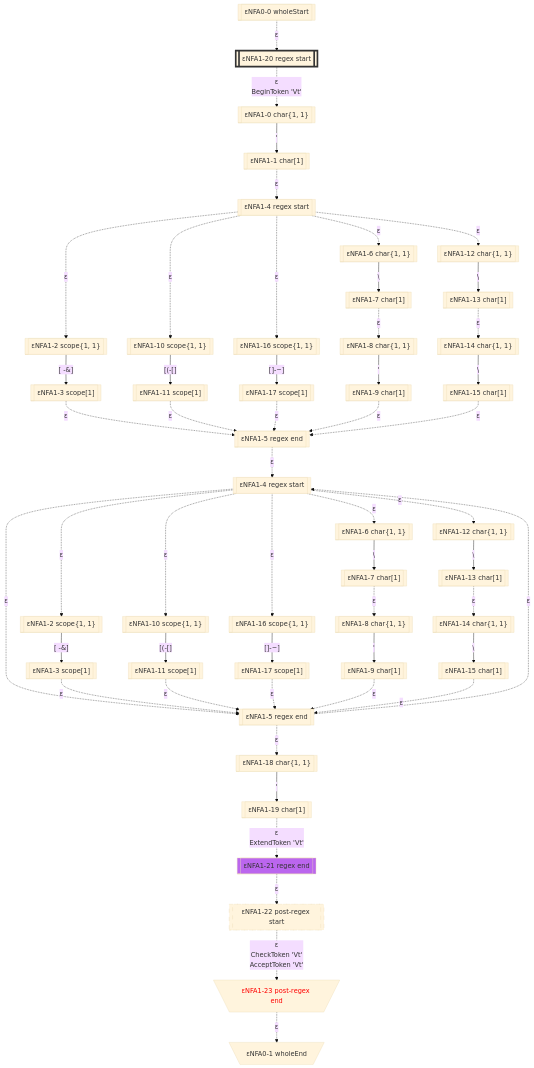
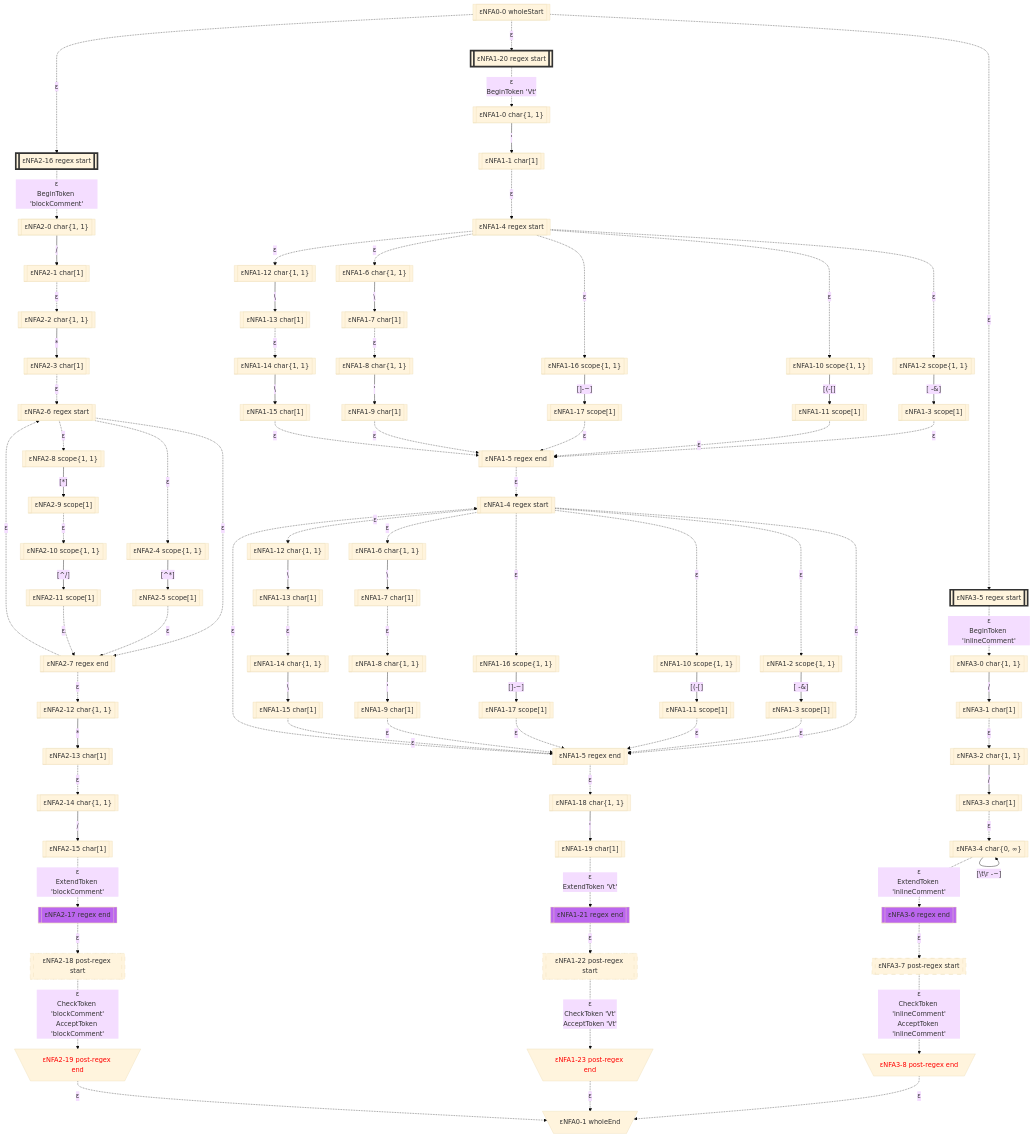
Before and after one commit to bitzhuwei/GrammarMentor: the first of 7 diagrams in Practices/Practice.GeneratedXxxFormat.Test/GeneratedV/doc/LexicalStates.gen.md, drawn with Mermaid (base theme). The commit also changed other lines of this file and 3868 other files, not shown here.

````diff
--- a/Practices/Practice.GeneratedXxxFormat.Test/GeneratedV/doc/LexicalStates.gen.md
+++ b/Practices/Practice.GeneratedXxxFormat.Test/GeneratedV/doc/LexicalStates.gen.md
@@ -17,105 +17,185 @@
 classDef c1101 stroke:#333,stroke-width:4px,fill:#BB66EE,color:#FF0000;
 classDef c1110 stroke:#333,stroke-width:4px,fill:#BB66EE,stroke-dasharray: 10 10;
 classDef c1111 stroke:#333,stroke-width:4px,fill:#BB66EE,stroke-dasharray: 10 10,color:#FF0000;
-eNFA0_0_60997399[["εNFA0-0 wholeStart"]]
-eNFA1_20_3289508[["εNFA1-20 regex start"]]
-class eNFA1_20_3289508 c1000;
-eNFA1_0_29605578[["εNFA1-0 char{1, 1}"]]
-eNFA1_1_12105682[["εNFA1-1 char[1]"]]
-eNFA1_4_48073060[["εNFA1-4 regex start"]]
-eNFA1_2_1603773[["εNFA1-2 scope{1, 1}"]]
-eNFA1_6_30004358[["εNFA1-6 char{1, 1}"]]
-eNFA1_10_14433961[["εNFA1-10 scope{1, 1}"]]
-eNFA1_12_62796787[["εNFA1-12 char{1, 1}"]]
-eNFA1_16_28300172[["εNFA1-16 scope{1, 1}"]]
-eNFA1_3_28404243[["εNFA1-3 scope[1]"]]
-eNFA1_7_47528210[["εNFA1-7 char[1]"]]
-eNFA1_11_53374957[["εNFA1-11 scope[1]"]]
-eNFA1_13_25100706[["εNFA1-13 char[1]"]]
-eNFA1_17_54311603[["εNFA1-17 scope[1]"]]
-eNFA1_5_10612567[["εNFA1-5 regex end"]]
-eNFA1_8_24579765[["εNFA1-8 char{1, 1}"]]
-eNFA1_14_5244239[["εNFA1-14 char{1, 1}"]]
-eNFA1_4_19042383[["εNFA1-4 regex start"]]
-eNFA1_9_51553896[["εNFA1-9 char[1]"]]
-eNFA1_15_61331880[["εNFA1-15 char[1]"]]
-eNFA1_2_66038022[["εNFA1-2 scope{1, 1}"]]
-eNFA1_6_37163719[["εNFA1-6 char{1, 1}"]]
-eNFA1_10_57471292[["εNFA1-10 scope{1, 1}"]]
-eNFA1_12_47479586[["εNFA1-12 char{1, 1}"]]
-eNFA1_16_24663098[["εNFA1-16 scope{1, 1}"]]
-eNFA1_5_20641291[["εNFA1-5 regex end"]]
-eNFA1_3_1826402[["εNFA1-3 scope[1]"]]
-eNFA1_7_54483225[["εNFA1-7 char[1]"]]
-eNFA1_11_16437621[["εNFA1-11 scope[1]"]]
-eNFA1_13_20586983[["εNFA1-13 char[1]"]]
-eNFA1_17_13720864[["εNFA1-17 scope[1]"]]
-eNFA1_18_15116014[["εNFA1-18 char{1, 1}"]]
-eNFA1_8_42634084[["εNFA1-8 char{1, 1}"]]
-eNFA1_14_30808780[["εNFA1-14 char{1, 1}"]]
-eNFA1_19_65123613[["εNFA1-19 char[1]"]]
-eNFA1_9_56378916[["εNFA1-9 char[1]"]]
-eNFA1_15_37648203[["εNFA1-15 char[1]"]]
-eNFA1_21_49241606[["εNFA1-21 regex end"]]
-class eNFA1_21_49241606 c0100;
-eNFA1_22_40521270[["εNFA1-22 post-regex start"]]
-class eNFA1_22_40521270 c0010;
-eNFA1_23_29147110[\"εNFA1-23 post-regex end"/]
-class eNFA1_23_29147110 c0001;
-eNFA0_1_4511530[\"εNFA0-1 wholeEnd"/]
-eNFA0_0_60997399 -.->|"ε"|eNFA1_20_3289508
-eNFA1_20_3289508 -.->|"ε
-BeginToken 'Vt'"|eNFA1_0_29605578
-eNFA1_0_29605578 -->|"'"|eNFA1_1_12105682
-eNFA1_1_12105682 -.->|"ε"|eNFA1_4_48073060
-eNFA1_4_48073060 -.->|"ε"|eNFA1_2_1603773
-eNFA1_4_48073060 -.->|"ε"|eNFA1_6_30004358
-eNFA1_4_48073060 -.->|"ε"|eNFA1_10_14433961
-eNFA1_4_48073060 -.->|"ε"|eNFA1_12_62796787
-eNFA1_4_48073060 -.->|"ε"|eNFA1_16_28300172
-eNFA1_2_1603773 -->|"[#32;-&]"|eNFA1_3_28404243
-eNFA1_6_30004358 -->|"#92;"|eNFA1_7_47528210
-eNFA1_10_14433961 -->|"[(-[]"|eNFA1_11_53374957
-eNFA1_12_62796787 -->|"#92;"|eNFA1_13_25100706
-eNFA1_16_28300172 -->|"[]-~]"|eNFA1_17_54311603
-eNFA1_3_28404243 -.->|"ε"|eNFA1_5_10612567
-eNFA1_7_47528210 -.->|"ε"|eNFA1_8_24579765
-eNFA1_11_53374957 -.->|"ε"|eNFA1_5_10612567
-eNFA1_13_25100706 -.->|"ε"|eNFA1_14_5244239
-eNFA1_17_54311603 -.->|"ε"|eNFA1_5_10612567
-eNFA1_5_10612567 -.->|"ε"|eNFA1_4_19042383
-eNFA1_8_24579765 -->|"'"|eNFA1_9_51553896
-eNFA1_14_5244239 -->|"#92;"|eNFA1_15_61331880
-eNFA1_4_19042383 -.->|"ε"|eNFA1_2_66038022
-eNFA1_4_19042383 -.->|"ε"|eNFA1_6_37163719
-eNFA1_4_19042383 -.->|"ε"|eNFA1_10_57471292
-eNFA1_4_19042383 -.->|"ε"|eNFA1_12_47479586
-eNFA1_4_19042383 -.->|"ε"|eNFA1_16_24663098
-eNFA1_4_19042383 -.->|"ε"|eNFA1_5_20641291
-eNFA1_9_51553896 -.->|"ε"|eNFA1_5_10612567
-eNFA1_15_61331880 -.->|"ε"|eNFA1_5_10612567
-eNFA1_2_66038022 -->|"[#32;-&]"|eNFA1_3_1826402
-eNFA1_6_37163719 -->|"#92;"|eNFA1_7_54483225
-eNFA1_10_57471292 -->|"[(-[]"|eNFA1_11_16437621
-eNFA1_12_47479586 -->|"#92;"|eNFA1_13_20586983
-eNFA1_16_24663098 -->|"[]-~]"|eNFA1_17_13720864
-eNFA1_5_20641291 -.->|"ε"|eNFA1_4_19042383
-eNFA1_5_20641291 -.->|"ε"|eNFA1_18_15116014
-eNFA1_3_1826402 -.->|"ε"|eNFA1_5_20641291
-eNFA1_7_54483225 -.->|"ε"|eNFA1_8_42634084
-eNFA1_11_16437621 -.->|"ε"|eNFA1_5_20641291
-eNFA1_13_20586983 -.->|"ε"|eNFA1_14_30808780
-eNFA1_17_13720864 -.->|"ε"|eNFA1_5_20641291
-eNFA1_18_15116014 -->|"'"|eNFA1_19_65123613
-eNFA1_8_42634084 -->|"'"|eNFA1_9_56378916
-eNFA1_14_30808780 -->|"#92;"|eNFA1_15_37648203
-eNFA1_19_65123613 -.->|"ε
-ExtendToken 'Vt'"|eNFA1_21_49241606
-eNFA1_9_56378916 -.->|"ε"|eNFA1_5_20641291
-eNFA1_15_37648203 -.->|"ε"|eNFA1_5_20641291
-eNFA1_21_49241606 -.->|"ε"|eNFA1_22_40521270
-eNFA1_22_40521270 -.->|"ε
+eNFA0_0_51969174[["εNFA0-0 wholeStart"]]
+eNFA1_20_63577855[["εNFA1-20 regex start"]]
+class eNFA1_20_63577855 c1000;
+eNFA2_16_65069390[["εNFA2-16 regex start"]]
+class eNFA2_16_65069390 c1000;
+eNFA3_5_34933209[["εNFA3-5 regex start"]]
+class eNFA3_5_34933209 c1000;
+eNFA1_0_35329788[["εNFA1-0 char{1, 1}"]]
+eNFA2_0_56727555[["εNFA2-0 char{1, 1}"]]
+eNFA3_0_11017648[["εNFA3-0 char{1, 1}"]]
+eNFA1_1_48995250[["εNFA1-1 char[1]"]]
+eNFA2_1_38304072[["εNFA2-1 char[1]"]]
+eNFA3_1_9192332[["εNFA3-1 char[1]"]]
+eNFA1_4_47990424[["εNFA1-4 regex start"]]
+eNFA2_2_15622127[["εNFA2-2 char{1, 1}"]]
+eNFA3_2_6381418[["εNFA3-2 char{1, 1}"]]
+eNFA1_2_62019111[["εNFA1-2 scope{1, 1}"]]
+eNFA1_6_29260633[["εNFA1-6 char{1, 1}"]]
+eNFA1_10_21301090[["εNFA1-10 scope{1, 1}"]]
+eNFA1_12_57492083[["εNFA1-12 char{1, 1}"]]
+eNFA1_16_47666699[["εNFA1-16 scope{1, 1}"]]
+eNFA2_3_58391916[["εNFA2-3 char[1]"]]
+eNFA3_3_33571453[["εNFA3-3 char[1]"]]
+eNFA1_3_53740895[["εNFA1-3 scope[1]"]]
+eNFA1_7_9040176[["εNFA1-7 char[1]"]]
+eNFA1_11_26347107[["εNFA1-11 scope[1]"]]
+eNFA1_13_14252720[["εNFA1-13 char[1]"]]
+eNFA1_17_13906014[["εNFA1-17 scope[1]"]]
+eNFA2_6_42518340[["εNFA2-6 regex start"]]
+eNFA3_4_3730161[["εNFA3-4 char{0, ∞}"]]
+eNFA1_5_35797372[["εNFA1-5 regex end"]]
+eNFA1_8_61165617[["εNFA1-8 char{1, 1}"]]
+eNFA1_14_63718061[["εNFA1-14 char{1, 1}"]]
+eNFA2_4_21433500[["εNFA2-4 scope{1, 1}"]]
+eNFA2_8_47120742[["εNFA2-8 scope{1, 1}"]]
+eNFA2_7_58683773[["εNFA2-7 regex end"]]
+eNFA3_6_33707629[["εNFA3-6 regex end"]]
+class eNFA3_6_33707629 c0100;
+eNFA1_4_58045264[["εNFA1-4 regex start"]]
+eNFA1_9_3672298[["εNFA1-9 char[1]"]]
+eNFA1_15_33050690[["εNFA1-15 char[1]"]]
+eNFA2_5_32124765[["εNFA2-5 scope[1]"]]
+eNFA2_9_9362127[["εNFA2-9 scope[1]"]]
+eNFA2_12_55765201[["εNFA2-12 char{1, 1}"]]
+eNFA3_7_32049974[["εNFA3-7 post-regex start"]]
+class eNFA3_7_32049974 c0010;
+eNFA1_2_4045982[["εNFA1-2 scope{1, 1}"]]
+eNFA1_6_52645336[["εNFA1-6 char{1, 1}"]]
+eNFA1_10_36413843[["εNFA1-10 scope{1, 1}"]]
+eNFA1_12_59289136[["εNFA1-12 char{1, 1}"]]
+eNFA1_16_63840183[["εNFA1-16 scope{1, 1}"]]
+eNFA1_5_37690735[["εNFA1-5 regex end"]]
+eNFA2_10_64616609[["εNFA2-10 scope{1, 1}"]]
+eNFA2_13_44678570[["εNFA2-13 char[1]"]]
+eNFA3_8_45963425[\"εNFA3-8 post-regex end"/]
+class eNFA3_8_45963425 c0001;
+eNFA1_3_59860242[["εNFA1-3 scope[1]"]]
+eNFA1_7_66562817[["εNFA1-7 char[1]"]]
+eNFA1_11_1871268[["εNFA1-11 scope[1]"]]
+eNFA1_13_62194446[["εNFA1-13 char[1]"]]
+eNFA1_17_16841414[["εNFA1-17 scope[1]"]]
+eNFA1_18_29020759[["εNFA1-18 char{1, 1}"]]
+eNFA2_11_20687433[["εNFA2-11 scope[1]"]]
+eNFA2_14_4585366[["εNFA2-14 char{1, 1}"]]
+eNFA0_1_36129223[\"εNFA0-1 wholeEnd"/]
+eNFA1_8_35870379[["εNFA1-8 char{1, 1}"]]
+eNFA1_14_19819572[["εNFA1-14 char{1, 1}"]]
+eNFA1_19_49532637[["εNFA1-19 char[1]"]]
+eNFA2_15_40785949[["εNFA2-15 char[1]"]]
+eNFA1_9_17355001[["εNFA1-9 char[1]"]]
+eNFA1_15_21977287[["εNFA1-15 char[1]"]]
+eNFA1_21_43140557[["εNFA1-21 regex end"]]
+class eNFA1_21_43140557 c0100;
+eNFA2_17_31529222[["εNFA2-17 regex end"]]
+class eNFA2_17_31529222 c0100;
+eNFA1_22_52720700[["εNFA1-22 post-regex start"]]
+class eNFA1_22_52720700 c0010;
+eNFA2_18_15327543[["εNFA2-18 post-regex start"]]
+class eNFA2_18_15327543 c0010;
+eNFA1_23_4724260[\"εNFA1-23 post-regex end"/]
+class eNFA1_23_4724260 c0001;
+eNFA2_19_48753600[\"εNFA2-19 post-regex end"/]
+class eNFA2_19_48753600 c0001;
+eNFA0_0_51969174 -.->|"ε"|eNFA1_20_63577855
+eNFA0_0_51969174 -.->|"ε"|eNFA2_16_65069390
+eNFA0_0_51969174 -.->|"ε"|eNFA3_5_34933209
+eNFA1_20_63577855 -.->|"ε
+BeginToken 'Vt'"|eNFA1_0_35329788
+eNFA2_16_65069390 -.->|"ε
+BeginToken 'blockComment'"|eNFA2_0_56727555
+eNFA3_5_34933209 -.->|"ε
+BeginToken 'inlineComment'"|eNFA3_0_11017648
+eNFA1_0_35329788 -->|"'"|eNFA1_1_48995250
+eNFA2_0_56727555 -->|"/"|eNFA2_1_38304072
+eNFA3_0_11017648 -->|"/"|eNFA3_1_9192332
+eNFA1_1_48995250 -.->|"ε"|eNFA1_4_47990424
+eNFA2_1_38304072 -.->|"ε"|eNFA2_2_15622127
+eNFA3_1_9192332 -.->|"ε"|eNFA3_2_6381418
+eNFA1_4_47990424 -.->|"ε"|eNFA1_2_62019111
+eNFA1_4_47990424 -.->|"ε"|eNFA1_6_29260633
+eNFA1_4_47990424 -.->|"ε"|eNFA1_10_21301090
+eNFA1_4_47990424 -.->|"ε"|eNFA1_12_57492083
+eNFA1_4_47990424 -.->|"ε"|eNFA1_16_47666699
+eNFA2_2_15622127 -->|"*"|eNFA2_3_58391916
+eNFA3_2_6381418 -->|"/"|eNFA3_3_33571453
+eNFA1_2_62019111 -->|"[#32;-&]"|eNFA1_3_53740895
+eNFA1_6_29260633 -->|"#92;"|eNFA1_7_9040176
+eNFA1_10_21301090 -->|"[(-[]"|eNFA1_11_26347107
+eNFA1_12_57492083 -->|"#92;"|eNFA1_13_14252720
+eNFA1_16_47666699 -->|"[]-~]"|eNFA1_17_13906014
+eNFA2_3_58391916 -.->|"ε"|eNFA2_6_42518340
+eNFA3_3_33571453 -.->|"ε"|eNFA3_4_3730161
+eNFA1_3_53740895 -.->|"ε"|eNFA1_5_35797372
+eNFA1_7_9040176 -.->|"ε"|eNFA1_8_61165617
+eNFA1_11_26347107 -.->|"ε"|eNFA1_5_35797372
+eNFA1_13_14252720 -.->|"ε"|eNFA1_14_63718061
+eNFA1_17_13906014 -.->|"ε"|eNFA1_5_35797372
+eNFA2_6_42518340 -.->|"ε"|eNFA2_4_21433500
+eNFA2_6_42518340 -.->|"ε"|eNFA2_8_47120742
+eNFA2_6_42518340 -.->|"ε"|eNFA2_7_58683773
+eNFA3_4_3730161 -->|"[#92;t#92;r#32;-~]"|eNFA3_4_3730161
+eNFA3_4_3730161 -.->|"ε
+ExtendToken 'inlineComment'"|eNFA3_6_33707629
+eNFA1_5_35797372 -.->|"ε"|eNFA1_4_58045264
+eNFA1_8_61165617 -->|"'"|eNFA1_9_3672298
+eNFA1_14_63718061 -->|"#92;"|eNFA1_15_33050690
+eNFA2_4_21433500 -->|"[^*]"|eNFA2_5_32124765
+eNFA2_8_47120742 -->|"[*]"|eNFA2_9_9362127
+eNFA2_7_58683773 -.->|"ε"|eNFA2_6_42518340
+eNFA2_7_58683773 -.->|"ε"|eNFA2_12_55765201
+eNFA3_6_33707629 -.->|"ε"|eNFA3_7_32049974
+eNFA1_4_58045264 -.->|"ε"|eNFA1_2_4045982
+eNFA1_4_58045264 -.->|"ε"|eNFA1_6_52645336
+eNFA1_4_58045264 -.->|"ε"|eNFA1_10_36413843
+eNFA1_4_58045264 -.->|"ε"|eNFA1_12_59289136
+eNFA1_4_58045264 -.->|"ε"|eNFA1_16_63840183
+eNFA1_4_58045264 -.->|"ε"|eNFA1_5_37690735
+eNFA1_9_3672298 -.->|"ε"|eNFA1_5_35797372
+eNFA1_15_33050690 -.->|"ε"|eNFA1_5_35797372
+eNFA2_5_32124765 -.->|"ε"|eNFA2_7_58683773
+eNFA2_9_9362127 -.->|"ε"|eNFA2_10_64616609
+eNFA2_12_55765201 -->|"*"|eNFA2_13_44678570
+eNFA3_7_32049974 -.->|"ε
+CheckToken 'inlineComment'
+AcceptToken 'inlineComment'"|eNFA3_8_45963425
+eNFA1_2_4045982 -->|"[#32;-&]"|eNFA1_3_59860242
+eNFA1_6_52645336 -->|"#92;"|eNFA1_7_66562817
+eNFA1_10_36413843 -->|"[(-[]"|eNFA1_11_1871268
+eNFA1_12_59289136 -->|"#92;"|eNFA1_13_62194446
+eNFA1_16_63840183 -->|"[]-~]"|eNFA1_17_16841414
+eNFA1_5_37690735 -.->|"ε"|eNFA1_4_58045264
+eNFA1_5_37690735 -.->|"ε"|eNFA1_18_29020759
+eNFA2_10_64616609 -->|"[^/]"|eNFA2_11_20687433
+eNFA2_13_44678570 -.->|"ε"|eNFA2_14_4585366
+eNFA3_8_45963425 -.->|"ε"|eNFA0_1_36129223
+eNFA1_3_59860242 -.->|"ε"|eNFA1_5_37690735
+eNFA1_7_66562817 -.->|"ε"|eNFA1_8_35870379
+eNFA1_11_1871268 -.->|"ε"|eNFA1_5_37690735
+eNFA1_13_62194446 -.->|"ε"|eNFA1_14_19819572
+eNFA1_17_16841414 -.->|"ε"|eNFA1_5_37690735
+eNFA1_18_29020759 -->|"'"|eNFA1_19_49532637
+eNFA2_11_20687433 -.->|"ε"|eNFA2_7_58683773
+eNFA2_14_4585366 -->|"/"|eNFA2_15_40785949
+eNFA1_8_35870379 -->|"'"|eNFA1_9_17355001
+eNFA1_14_19819572 -->|"#92;"|eNFA1_15_21977287
+eNFA1_19_49532637 -.->|"ε
+ExtendToken 'Vt'"|eNFA1_21_43140557
+eNFA2_15_40785949 -.->|"ε
+ExtendToken 'blockComment'"|eNFA2_17_31529222
+eNFA1_9_17355001 -.->|"ε"|eNFA1_5_37690735
+eNFA1_15_21977287 -.->|"ε"|eNFA1_5_37690735
+eNFA1_21_43140557 -.->|"ε"|eNFA1_22_52720700
+eNFA2_17_31529222 -.->|"ε"|eNFA2_18_15327543
+eNFA1_22_52720700 -.->|"ε
 CheckToken 'Vt'
-AcceptToken 'Vt'"|eNFA1_23_29147110
-eNFA1_23_29147110 -.->|"ε"|eNFA0_1_4511530
+AcceptToken 'Vt'"|eNFA1_23_4724260
+eNFA2_18_15327543 -.->|"ε
+CheckToken 'blockComment'
+AcceptToken 'blockComment'"|eNFA2_19_48753600
+eNFA1_23_4724260 -.->|"ε"|eNFA0_1_36129223
+eNFA2_19_48753600 -.->|"ε"|eNFA0_1_36129223
 ```
````
